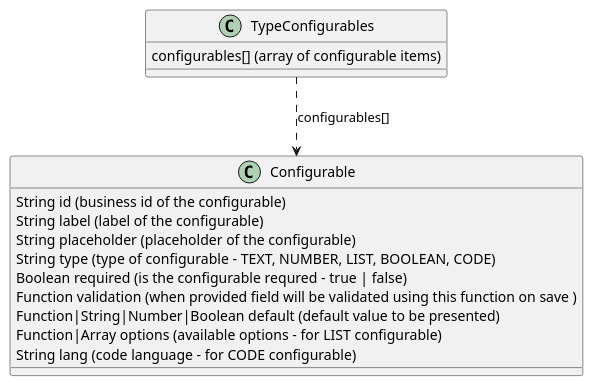
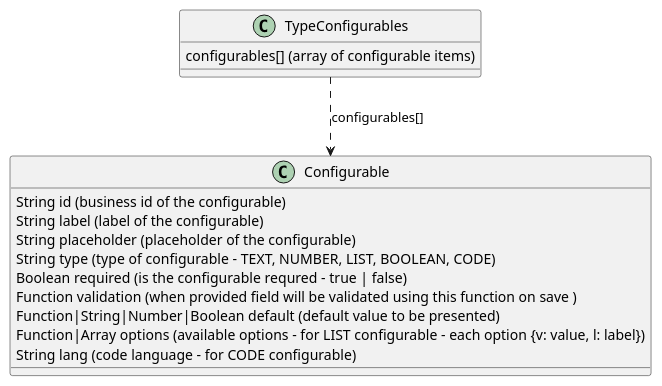
One commit to alkeicam/flowblocks changed the diagram in docs/Types.puml. Above: the diagram before and after it, drawn with PlantUML. The commit also changed 3 other files, not shown here.

```diff
--- a/docs/Types.puml
+++ b/docs/Types.puml
@@ -1,20 +1,20 @@
 @startuml
 
 class TypeConfigurables {
   {field} configurables[] (array of configurable items)  
 }
 
 TypeConfigurables ..> Configurable : configurables[]
 class Configurable {
   {field} String id (business id of the configurable)
   {field} String label (label of the configurable)
   {field} String placeholder (placeholder of the configurable)
   {field} String type (type of configurable - TEXT, NUMBER, LIST, BOOLEAN, CODE)
   {field} Boolean required (is the configurable requred - true | false)  
   {field} Function validation (when provided field will be validated using this function on save )  
   {field} Function|String|Number|Boolean default (default value to be presented)  
-  {field} Function|Array options (available options - for LIST configurable)  
+  {field} Function|Array options (available options - for LIST configurable - each option {v: value, l: label})  
   {field} String lang (code language - for CODE configurable)  
 }
 
 @enduml
```
